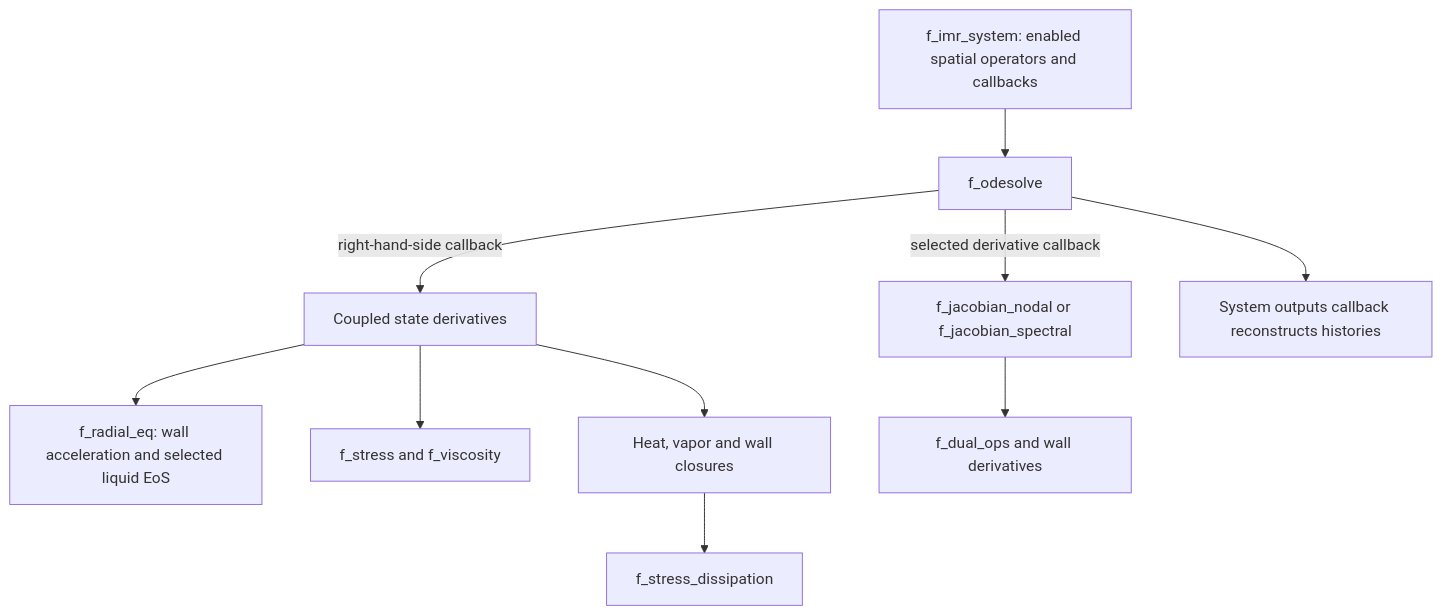
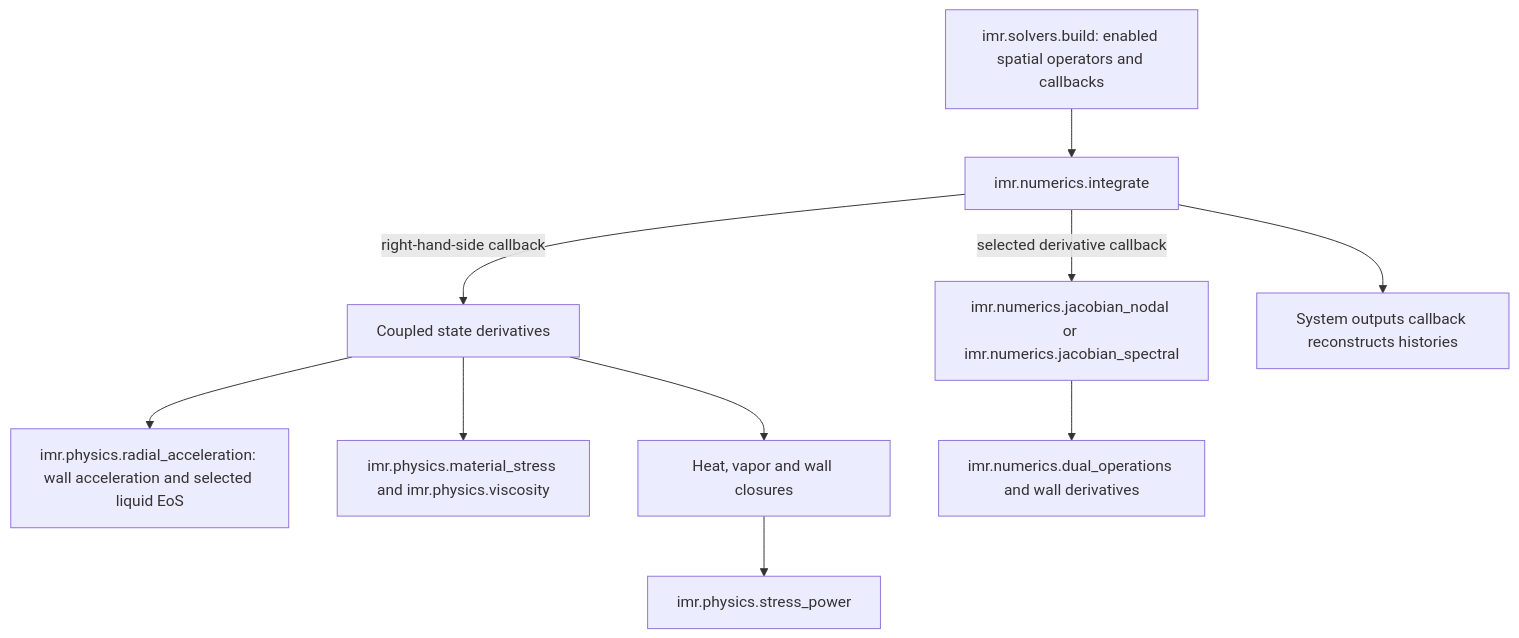
Before and after one commit to ComputationalFlowGroup/IMRv2: the third of 3 diagrams in docs/reference/code-map.md, drawn with Mermaid. The commit also changed other lines of this file and 67 other files, not shown here.

````diff
--- a/docs/reference/code-map.md
+++ b/docs/reference/code-map.md
@@ -48,12 +48,12 @@
 ```mermaid
 flowchart TD
-  Solver[f_imr_system: enabled spatial operators and callbacks] --> ODE[f_odesolve]
+  Solver[imr.solvers.build: enabled spatial operators and callbacks] --> ODE[imr.numerics.integrate]
   ODE -->|right-hand-side callback| RHS[Coupled state derivatives]
-  RHS --> Radial[f_radial_eq: wall acceleration and selected liquid EoS]
-  RHS --> Stress[f_stress and f_viscosity]
+  RHS --> Radial[imr.physics.radial_acceleration: wall acceleration and selected liquid EoS]
+  RHS --> Stress[imr.physics.material_stress and imr.physics.viscosity]
   RHS --> Thermal[Heat, vapor and wall closures]
-  Thermal --> Heating[f_stress_dissipation]
-  ODE -->|selected derivative callback| Jacobian[f_jacobian_nodal or f_jacobian_spectral]
-  Jacobian --> Dual[f_dual_ops and wall derivatives]
+  Thermal --> Heating[imr.physics.stress_power]
+  ODE -->|selected derivative callback| Jacobian[imr.numerics.jacobian_nodal or imr.numerics.jacobian_spectral]
+  Jacobian --> Dual[imr.numerics.dual_operations and wall derivatives]
   ODE --> Output[System outputs callback reconstructs histories]
 ```
````
